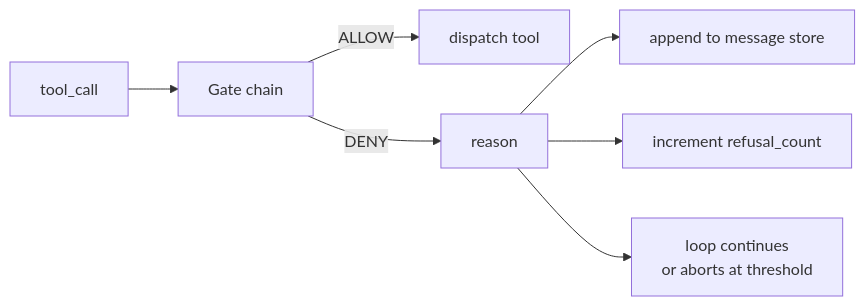
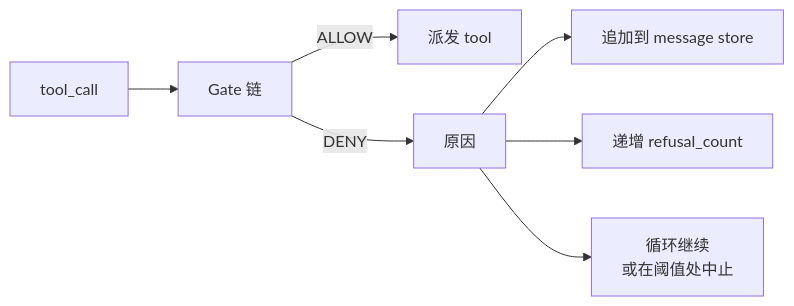
Before and after one commit to JerryC8080/ai-engineering-from-scratch-zh: the first of 2 diagrams in phases/19-capstone-projects/25-verification-gates-observation-budget/docs/zh.md, drawn with Mermaid. The commit also changed other lines of this file and 156 other files, not shown here.

First line of the commit message:
i18n(zh): translate mermaid diagram labels in 157 lesson zh.md

````diff
--- a/phases/19-capstone-projects/25-verification-gates-observation-budget/docs/zh.md
+++ b/phases/19-capstone-projects/25-verification-gates-observation-budget/docs/zh.md
@@ -34,9 +34,9 @@
 ```mermaid
 flowchart LR
-  Call[tool_call] --> Chain[Gate chain]
-  Chain -->|ALLOW| Dispatch[dispatch tool]
-  Chain -->|DENY| Reason[reason]
-  Reason --> Store[append to message store]
-  Reason --> Refusal[increment refusal_count]
-  Reason --> Loop[loop continues<br/>or aborts at threshold]
+  Call[tool_call] --> Chain[Gate 链]
+  Chain -->|ALLOW| Dispatch[派发 tool]
+  Chain -->|DENY| Reason[原因]
+  Reason --> Store[追加到 message store]
+  Reason --> Refusal[递增 refusal_count]
+  Reason --> Loop[循环继续<br/>或在阈值处中止]
 ```
````
